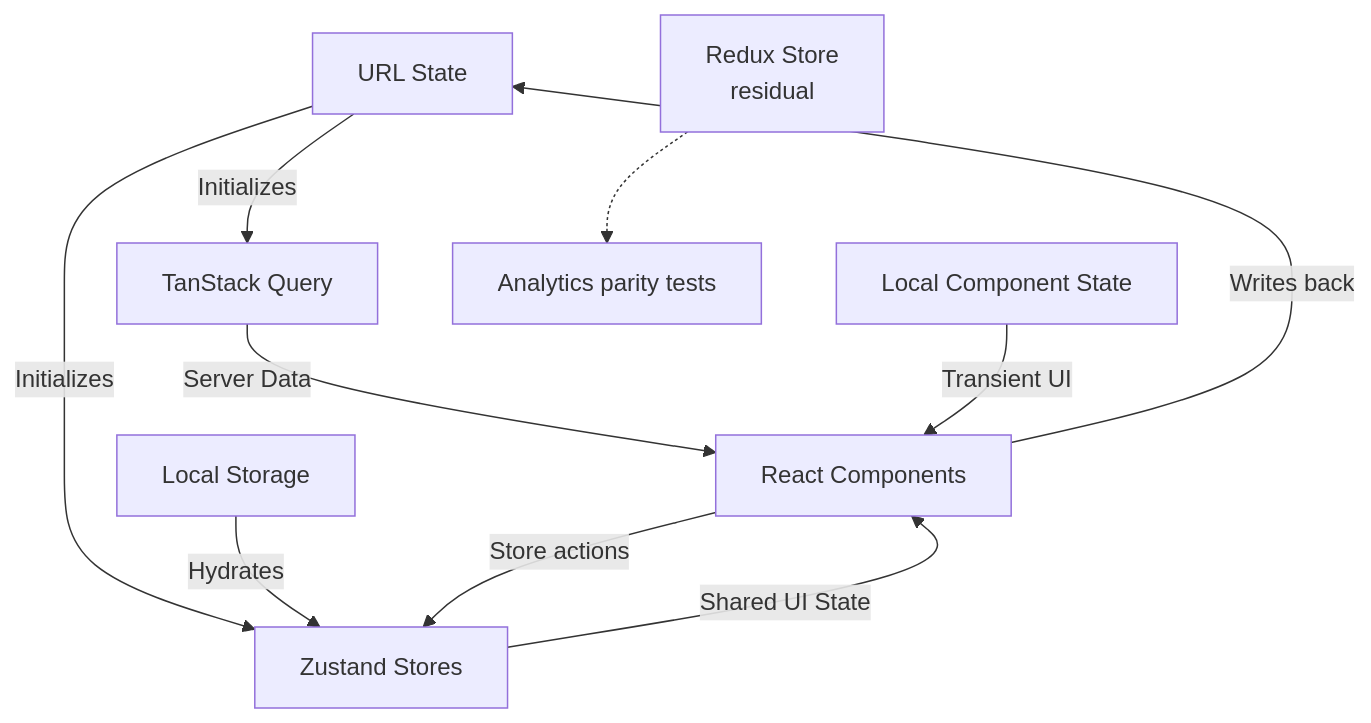
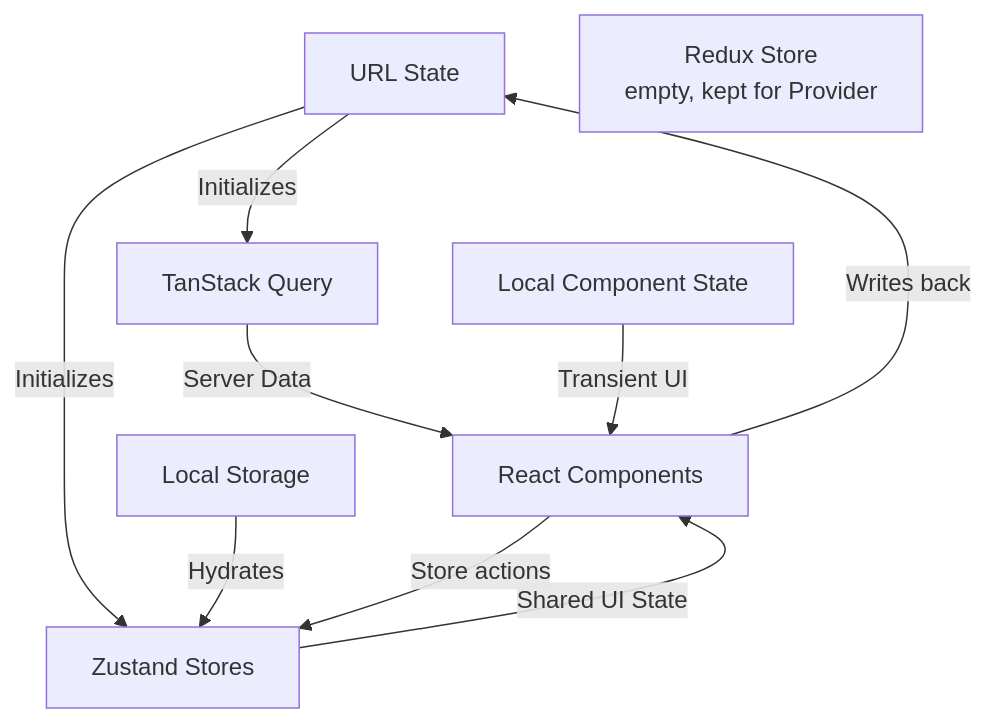
The diagram in docs/adr/0005-current-state-management-architecture.md (jaegertracing/jaeger-ui), drawn with Mermaid before and after one commit. The commit also changed other lines of this file and 29 other files, not shown here.

````diff
--- a/docs/adr/0005-current-state-management-architecture.md
+++ b/docs/adr/0005-current-state-management-architecture.md
@@ -28,12 +28,12 @@
 ```mermaid
 graph TD
     A[URL State] -->|Initializes| C[TanStack Query]
     A -->|Initializes| Z[Zustand Stores]
     D[Local Storage] -->|Hydrates| Z
     C -->|Server Data| E[React Components]
     Z -->|Shared UI State| E
     F[Local Component State] -->|Transient UI| E
-    B[Redux Store<br/>residual] -.-> P[Analytics parity tests]
+    B[Redux Store<br/>empty, kept for Provider]
     E -->|Writes back| A
     E -->|Store actions| Z
 ```
````
